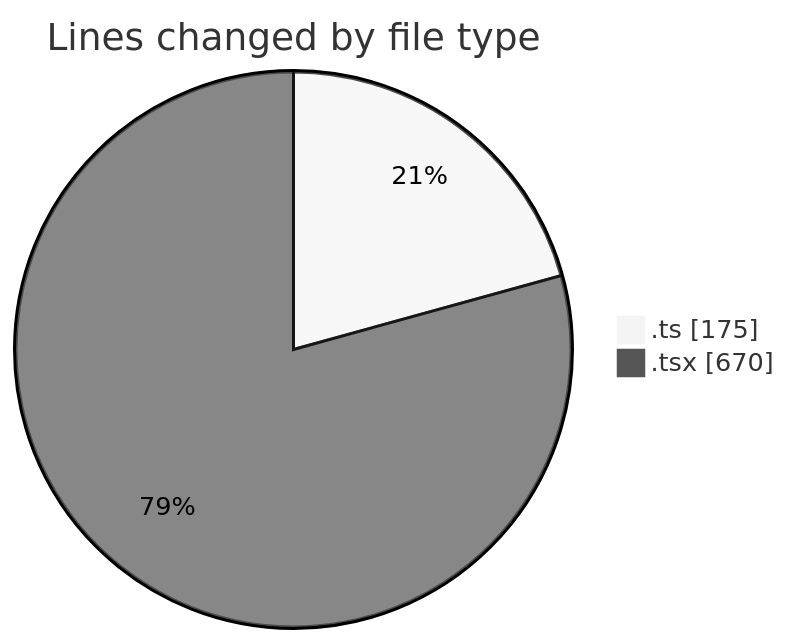
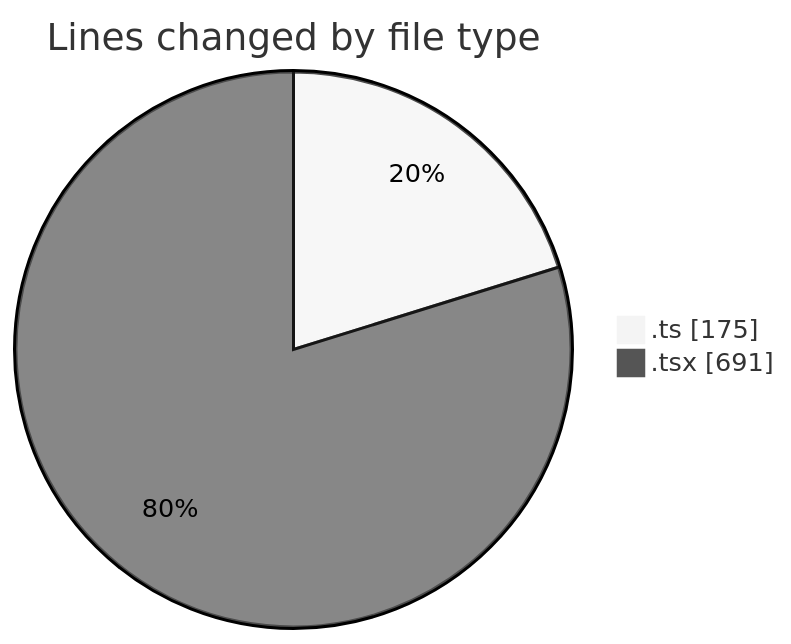
Before and after one commit to momahboobian/code-tracking: the first of 2 diagrams in 2025-12-02/cda/README.md, drawn with Mermaid (neutral theme). The commit also changed other lines of this file and 1 other file, not shown here.

````diff
--- a/2025-12-02/cda/README.md
+++ b/2025-12-02/cda/README.md
@@ -23,6 +23,6 @@
 ```mermaid
 pie showData
 title Lines changed by file type
 ".ts" : 175
-".tsx" : 670
+".tsx" : 691
 ```
````
